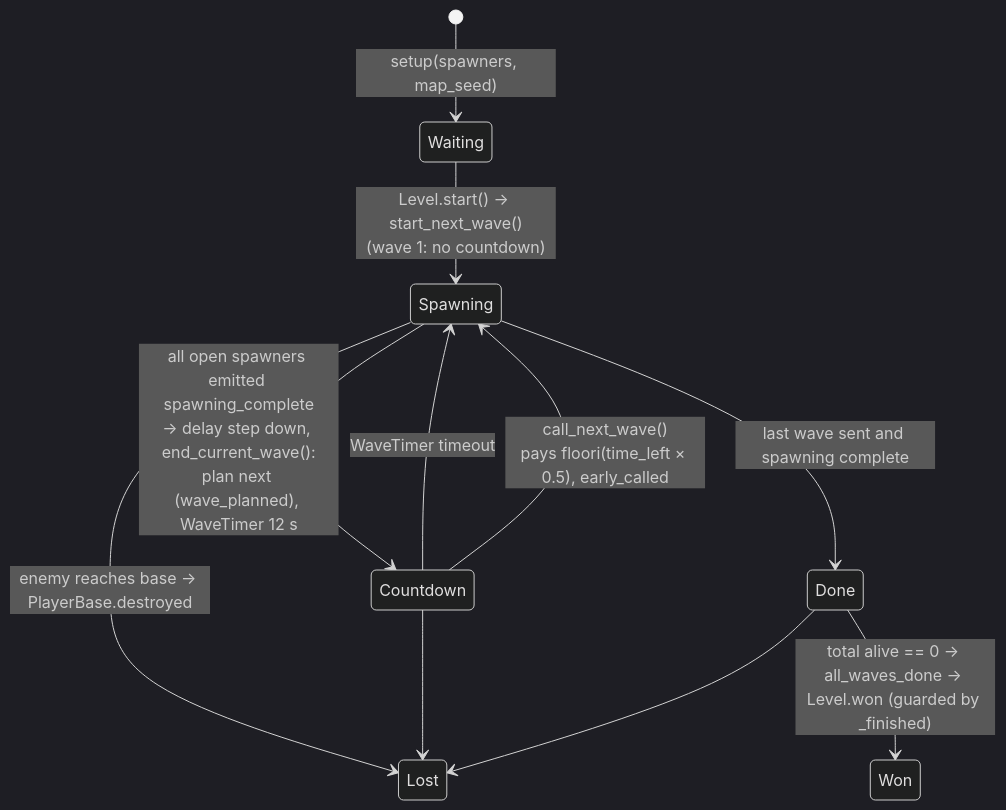
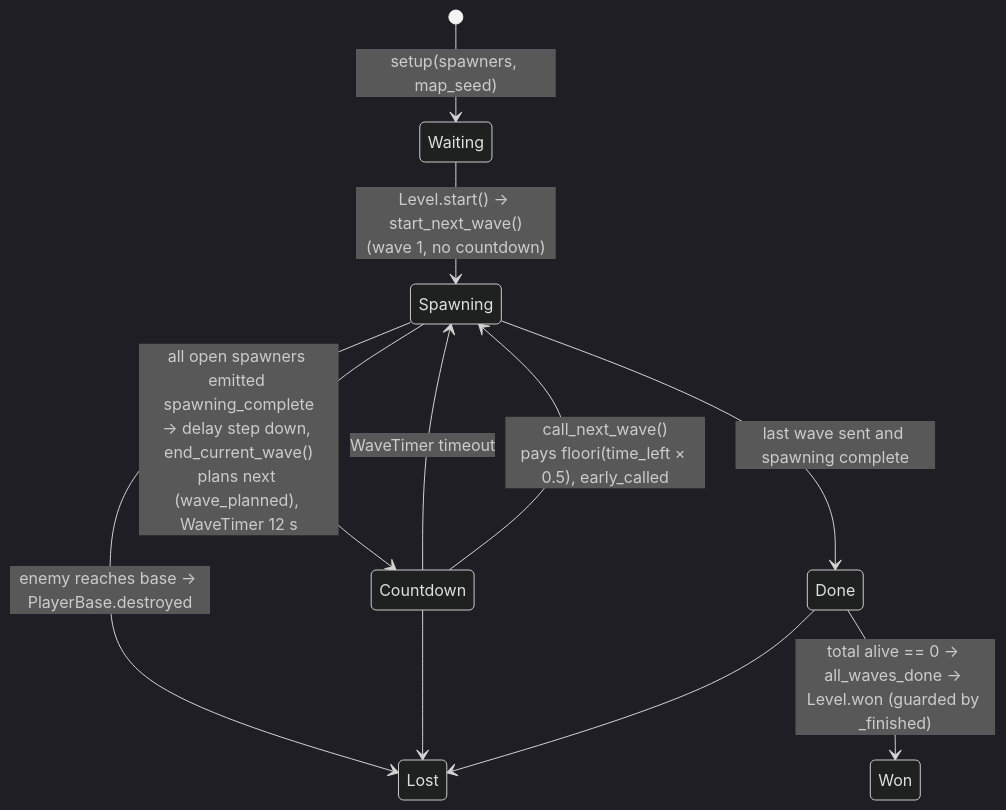
The first of 4 diagrams in docs/architecture/04-waves-enemies.md (Fabulani/pixel_defense), drawn with Mermaid (dark theme) before and after one commit. The commit also changed 49 other files, not shown here.

First line of the commit message:
Add controls deep dive, rendered diagrams and issue drafts

````diff
--- a/docs/architecture/04-waves-enemies.md
+++ b/docs/architecture/04-waves-enemies.md
@@ -5,13 +5,13 @@
 ```mermaid
 stateDiagram-v2
   [*] --> Waiting: setup(spawners, map_seed)
-  Waiting --> Spawning: Level.start() → start_next_wave()<br/>(wave 1: no countdown)
-  Spawning --> Countdown: all open spawners emitted spawning_complete<br/>→ delay step down, end_current_wave():<br/>plan next (wave_planned), WaveTimer 12 s
+  Waiting --> Spawning: Level.start() → start_next_wave()<br/>(wave 1, no countdown)
+  Spawning --> Countdown: all open spawners emitted spawning_complete<br/>→ delay step down, end_current_wave()<br/>plans next (wave_planned), WaveTimer 12 s
   Countdown --> Spawning: WaveTimer timeout
   Countdown --> Spawning: call_next_wave()<br/>pays floori(time_left × 0.5), early_called
   Spawning --> Done: last wave sent and spawning complete
   Done --> Won: total alive == 0 → all_waves_done → Level.won (guarded by _finished)
   Spawning --> Lost: enemy reaches base → PlayerBase.destroyed
   Countdown --> Lost
   Done --> Lost
 ```
````
